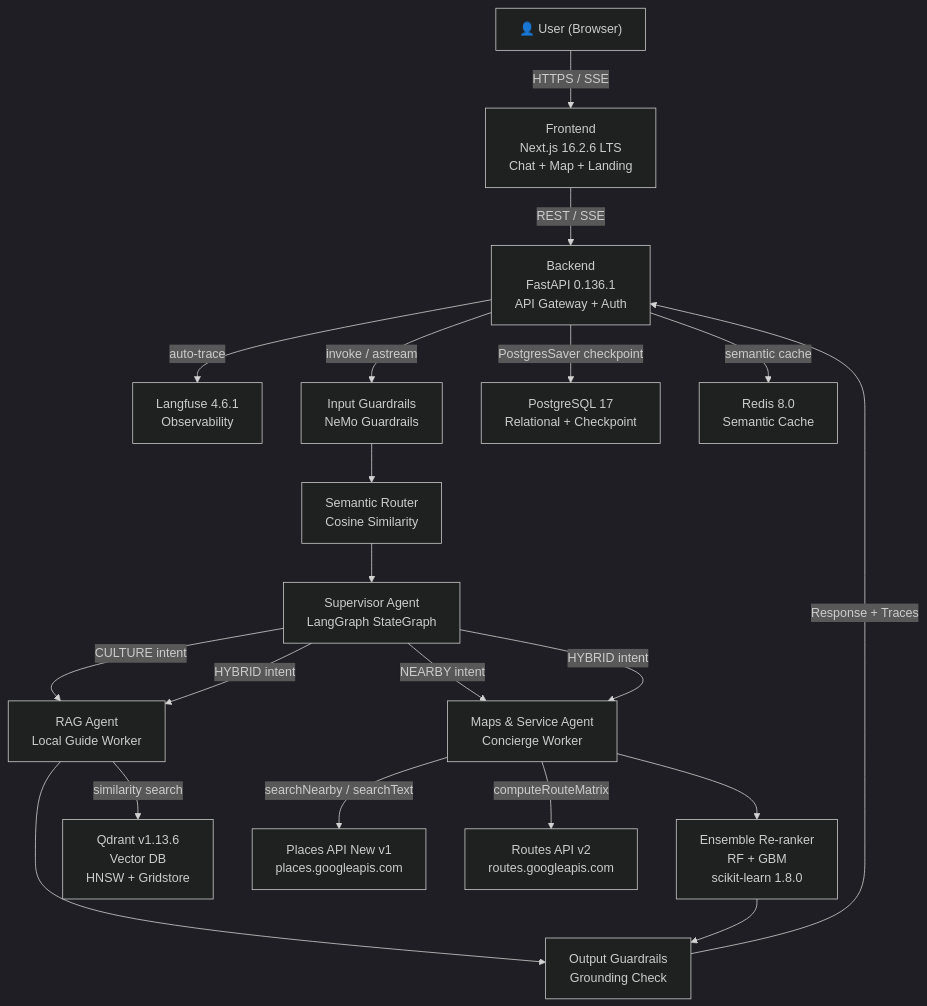
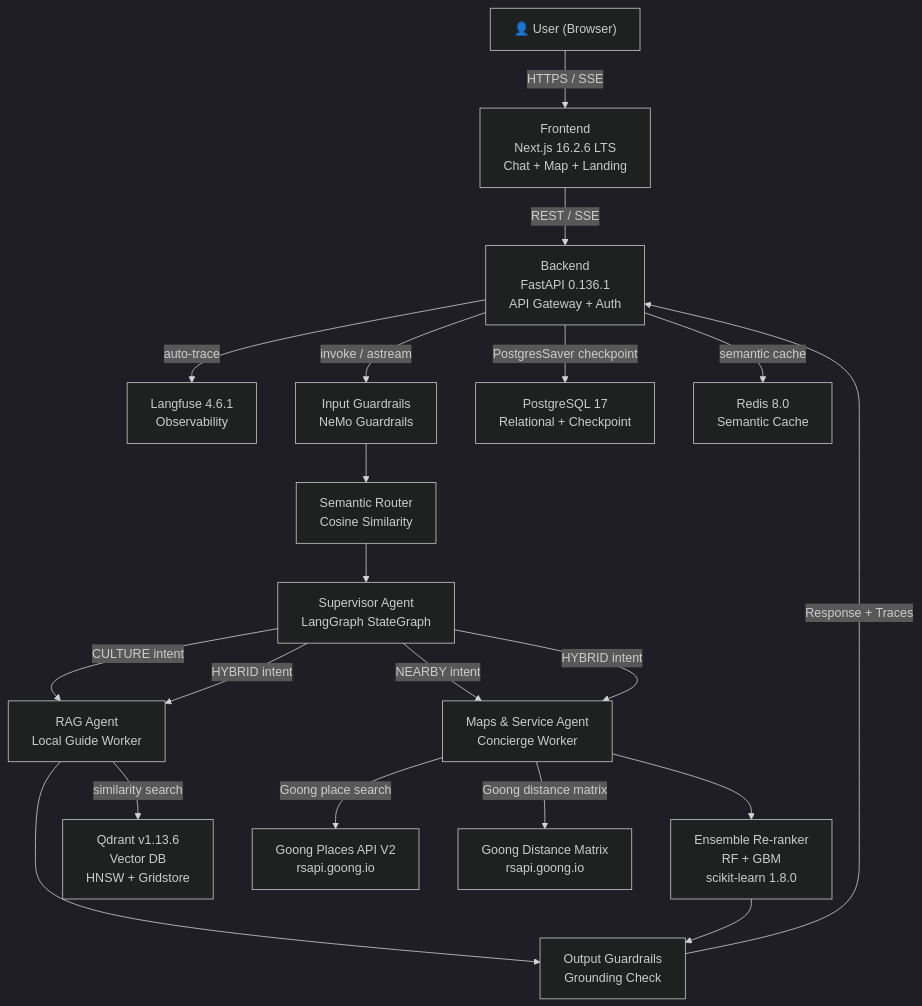
One commit to thanhnndev/citd-hk1-project changed the first of 9 diagrams in docs/REQUIREMENTS.md. Above: the diagram before and after it, drawn with Mermaid (dark theme). The commit also changed other lines of this file and 9 other files, not shown here.

````diff
--- a/docs/REQUIREMENTS.md
+++ b/docs/REQUIREMENTS.md
@@ -330,41 +330,41 @@
 ```mermaid
 graph TD
     User["👤 User (Browser)"]
     FE["Frontend\nNext.js 16.2.6 LTS\nChat + Map + Landing"]
     BE["Backend\nFastAPI 0.136.1\nAPI Gateway + Auth"]
     LF["Langfuse 4.6.1\nObservability"]
 
     IG["Input Guardrails\nNeMo Guardrails"]
     SR["Semantic Router\nCosine Similarity"]
     SUP["Supervisor Agent\nLangGraph StateGraph"]
     RAG["RAG Agent\nLocal Guide Worker"]
     MAPS["Maps & Service Agent\nConcierge Worker"]
     RR["Ensemble Re-ranker\nRF + GBM\nscikit-learn 1.8.0"]
     OG["Output Guardrails\nGrounding Check"]
 
     QD["Qdrant v1.13.6\nVector DB\nHNSW + Gridstore"]
-    PA["Places API New v1\nplaces.googleapis.com"]
-    RT["Routes API v2\nroutes.googleapis.com"]
+    PA["Goong Places API V2\nrsapi.goong.io"]
+    RT["Goong Distance Matrix\nrsapi.goong.io"]
     PG["PostgreSQL 17\nRelational + Checkpoint"]
     RD["Redis 8.0\nSemantic Cache"]
 
     User -->|HTTPS / SSE| FE
     FE -->|REST / SSE| BE
     BE -->|invoke / astream| IG
     BE -->|auto-trace| LF
     IG --> SR
     SR --> SUP
     SUP -->|CULTURE intent| RAG
     SUP -->|NEARBY intent| MAPS
     SUP -->|HYBRID intent| RAG
     SUP -->|HYBRID intent| MAPS
     RAG -->|similarity search| QD
-    MAPS -->|searchNearby / searchText| PA
-    MAPS -->|computeRouteMatrix| RT
+    MAPS -->|Goong place search| PA
+    MAPS -->|Goong distance matrix| RT
     MAPS --> RR
     RAG --> OG
     RR --> OG
     OG -->|Response + Traces| BE
     BE -->|PostgresSaver checkpoint| PG
     BE -->|semantic cache| RD
 ```
````
